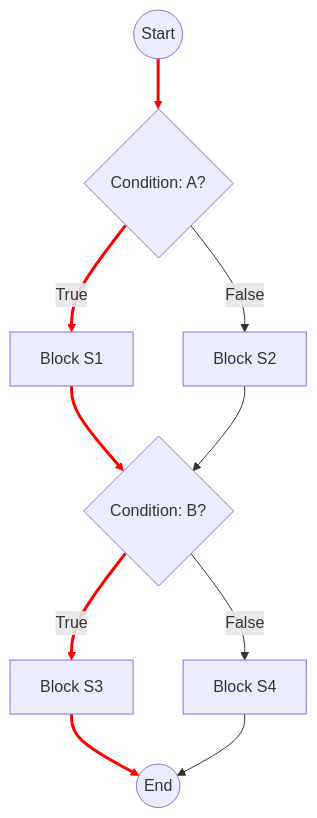
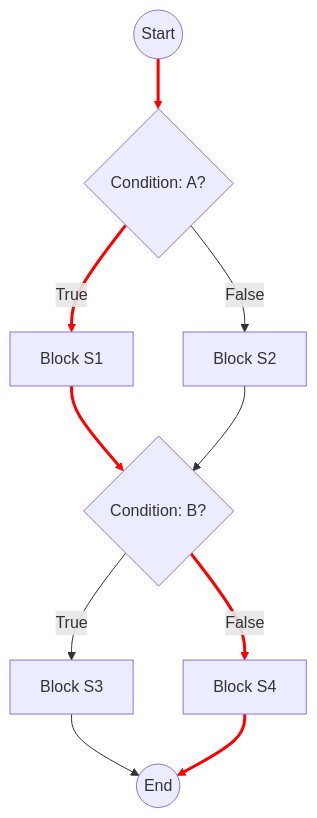
The diagram in content/verif/adequacy/terminology.md (msdbok/msdbok.github.io), drawn with Mermaid before and after one commit.

````diff
--- a/content/verif/adequacy/terminology.md
+++ b/content/verif/adequacy/terminology.md
@@ -92,35 +92,35 @@
 ```mermaid
 flowchart TD
     %% Define start and end as circles
     Start((Start))
     End((End))
 
     %% Decision nodes as diamonds
     A{Condition: A?}
     D{Condition: B?}
 
     %% Action blocks
     B[Block S1]
     C[Block S2]
     E[Block S3]
     F[Block S4]
 
     %% Control flow
     Start --> A
     A -->|True| B
     A -->|False| C
     B --> D
     C --> D
     D -->|True| E
     D -->|False| F
     E --> End
     F --> End
 
     %% Highlighted execution path: A=true, B=false
     linkStyle 0 stroke:#ff0000,stroke-width:3px
     linkStyle 1 stroke:#ff0000,stroke-width:3px
     linkStyle 3 stroke:#ff0000,stroke-width:3px
-    linkStyle 5 stroke:#ff0000,stroke-width:3px
-    linkStyle 7 stroke:#ff0000,stroke-width:3px
+    linkStyle 6 stroke:#ff0000,stroke-width:3px
+    linkStyle 8 stroke:#ff0000,stroke-width:3px
 
 ```
````
